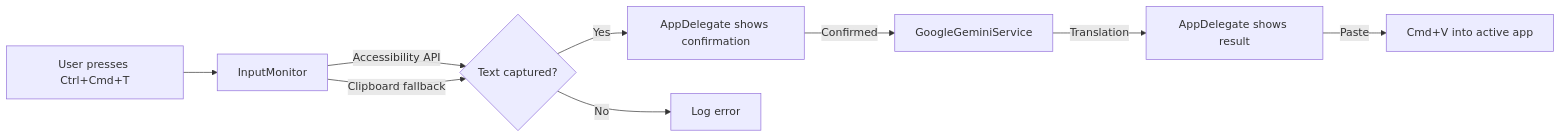
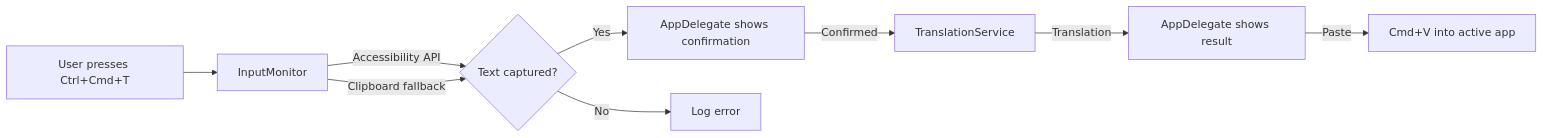
The diagram in README.md (mavrovde/TransPaste), drawn with Mermaid before and after one commit. The commit also changed other lines of this file and 25 other files, not shown here.

First line of the commit message:
Multi-provider translation: Gemini, OpenAI, Claude, Ollama + custom endpoints (#3)

````diff
--- a/README.md
+++ b/README.md
@@ -52,11 +53,11 @@
 ```mermaid
 graph LR
     A[User presses Ctrl+Cmd+T] --> B[InputMonitor]
     B -->|Accessibility API| C{Text captured?}
     B -->|Clipboard fallback| C
     C -->|Yes| D[AppDelegate shows confirmation]
-    D -->|Confirmed| E[GoogleGeminiService]
+    D -->|Confirmed| E[TranslationService]
     E -->|Translation| F[AppDelegate shows result]
     F -->|Paste| G[Cmd+V into active app]
     C -->|No| H[Log error]
 ```
````
